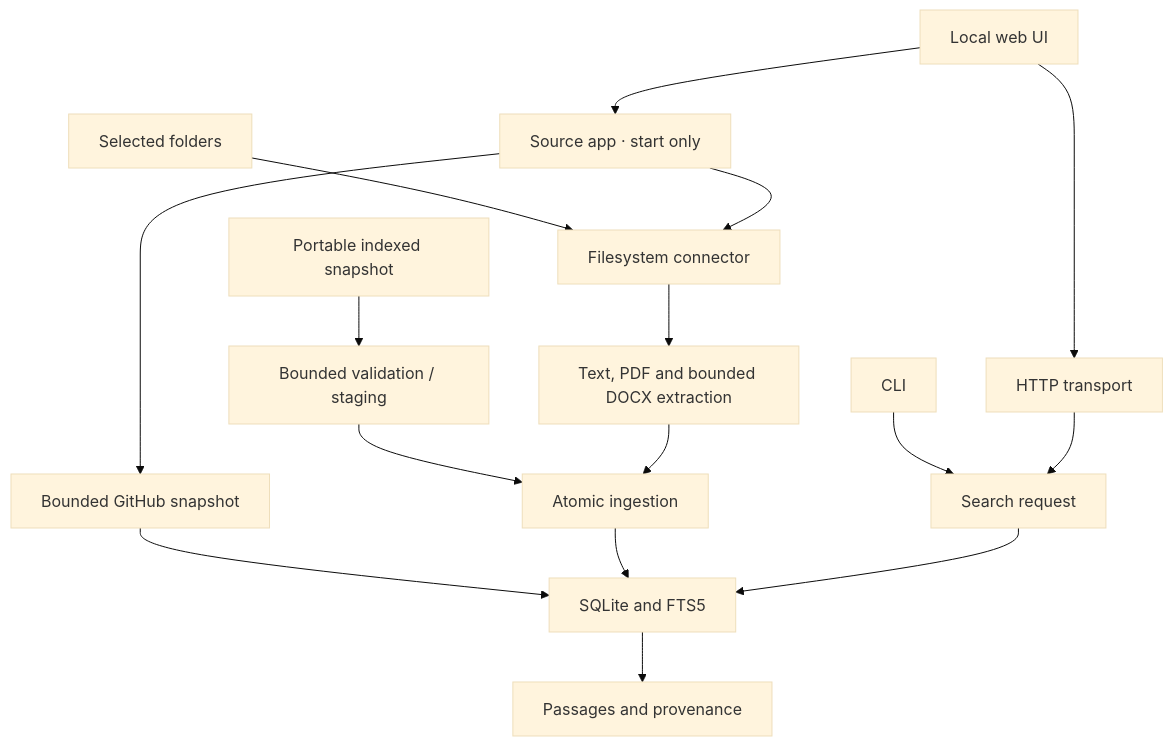
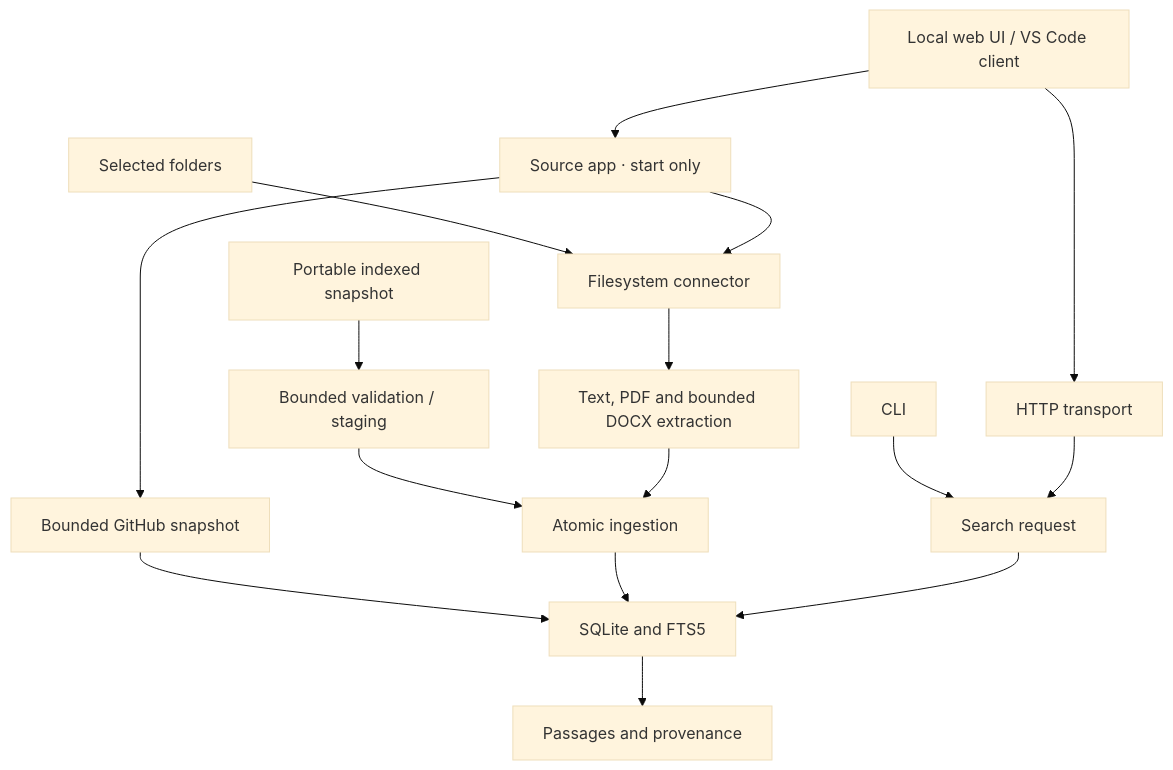
One commit to Lephiziel/findrail changed the diagram in docs/architecture.md. Above: the diagram before and after it, drawn with Mermaid (base theme). The commit also changed other lines of this file and 25 other files, not shown here.

Commit message:
Add read-only VS Code search client

````diff
--- a/docs/architecture.md
+++ b/docs/architecture.md
@@ -9,18 +9,18 @@
 ```mermaid
 flowchart TD
   F["Selected folders"] --> C["Filesystem connector"]
   UI["Local web UI"] --> APP["Source app · start only"]
   APP --> C
   APP --> GH["Bounded GitHub snapshot"]
   GH --> D["SQLite and FTS5"]
   ARCH["Portable indexed snapshot"] --> PREP["Bounded validation / staging"]
   PREP --> I
   C --> E["Text, PDF and bounded DOCX extraction"]
   E --> I["Atomic ingestion"]
   I --> D["SQLite and FTS5"]
   CLI["CLI"] --> Q["Search request"]
-  UI["Local web UI"] --> H["HTTP transport"]
+  UI["Local web UI / VS Code client"] --> H["HTTP transport"]
   H --> Q
   Q --> D
   D --> R["Passages and provenance"]
 ```
````
